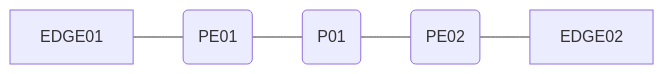
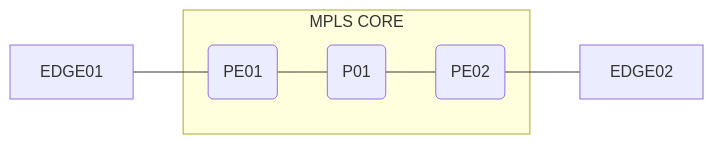
One commit to jnaranjom/iac_network_deployment changed the diagram in diagrams/network_diagram.md. Above: the diagram before and after it, drawn with Mermaid.

````diff
--- a/diagrams/network_diagram.md
+++ b/diagrams/network_diagram.md
@@ -7,8 +7,10 @@
 ```mermaid
 flowchart LR
 
-A[EDGE01] --- B(PE01)
-B --- C(P01)
-C --- D(PE02)
-D(PE02) --- E[EDGE02]
+  A[EDGE01] --- B(PE01)
+  subgraph MPLS CORE
+      B --- C(P01)
+      C --- D(PE02)
+  end
+  D(PE02) --- E[EDGE02]
 ```
````
